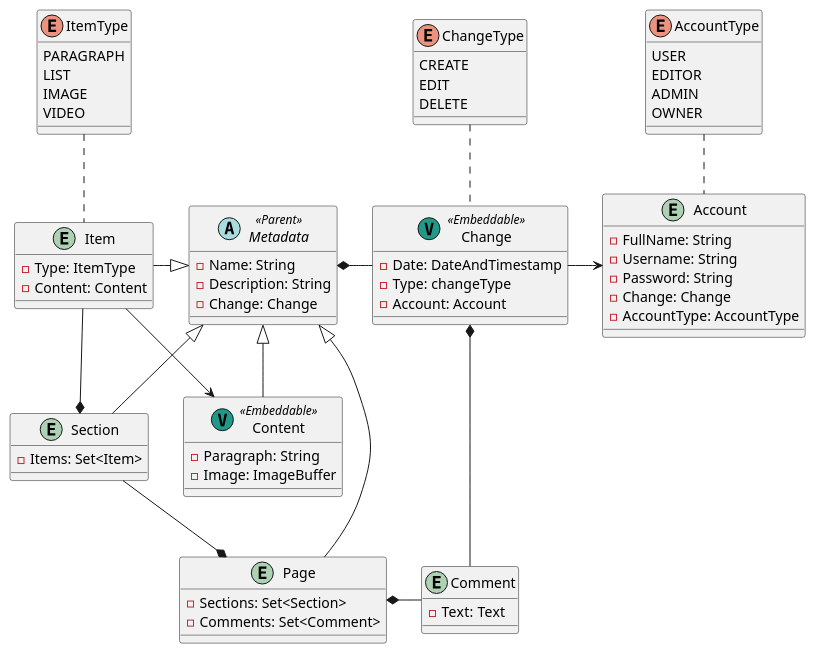
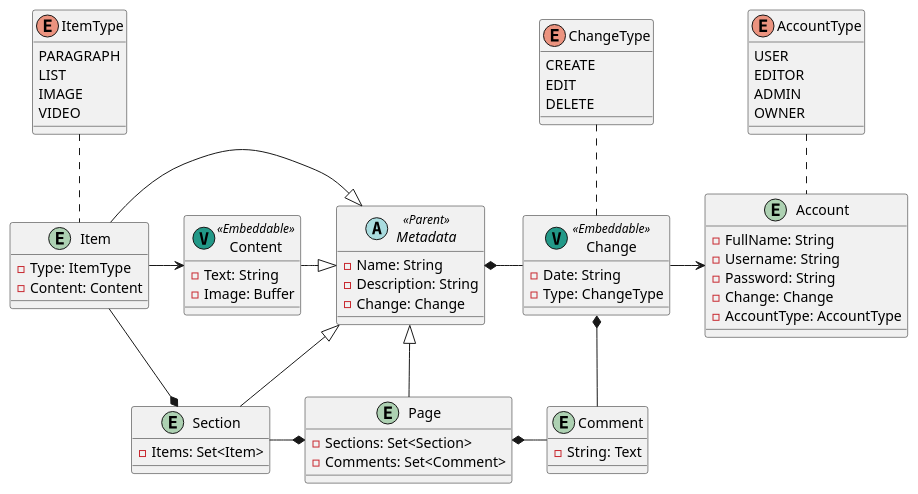
One commit to LouisFerro/HFW-HighlyFunctionalWiki changed the diagram in src/main/plantuml/5. Main - Production.puml. Above: the diagram before and after it, drawn with PlantUML.

Commit message:
Refactoring of concept UML for better structure and removement of redundant attributes.

```diff
--- a/src/main/plantuml/5. Main - Production.puml
+++ b/src/main/plantuml/5. Main - Production.puml
@@ -1,99 +1,98 @@
 @startuml
 'https://plantuml.com/class-diagram'
 
 abstract class Metadata <<Parent>>
 {
     - Name: String
     - Description: String
     - Change: Change
 }
 
 entity Page
 {
     - Sections: Set<Section>
     - Comments: Set<Comment>
 }
 
 entity Section
 {
     - Items: Set<Item>
 }
 
 entity Item
 {
     - Type: ItemType
     - Content: Content
 }
 
 enum ItemType
 {
     PARAGRAPH
     LIST
     IMAGE
     VIDEO
 }
 
 entity Content <<(V, #229988)Embeddable>>
 {
-    - Paragraph: String
-    - Image: ImageBuffer
+    - Text: String
+    - Image: Buffer
 }
 
 entity Comment
 {
-    - Text: Text
+    - String: Text
 }
 
 entity Account
 {
     - FullName: String
     - Username: String
     - Password: String
     - Change: Change
     - AccountType: AccountType
 }
 
 enum AccountType
 {
     USER
     EDITOR
     ADMIN
     OWNER
 }
 
 entity Change <<(V, #229988)Embeddable>>
 {
-    - Date: DateAndTimestamp
-    - Type: changeType
-    - Account: Account
+    - Date: String
+    - Type: ChangeType
 }
 
 enum ChangeType
 {
     CREATE
     EDIT
     DELETE
 }
 
 Page -up-|> Metadata
 
 Section -up-|> Metadata
-Section -down-* Page
+Section -right-* Page
 
 Item -right-|> Metadata
 Item -down-* Section
-Item -down-> Content
+Item -right-> Content
 Item .up. ItemType
 
-Content -up-|> Metadata
+Content -right-|> Metadata
 
 Comment -up-* Change
 Comment -left-* Page
 
 Change -left-* Metadata
 Change -right-> Account
 Change .up. ChangeType
 
 Account .up. AccountType
 
 @enduml
```
